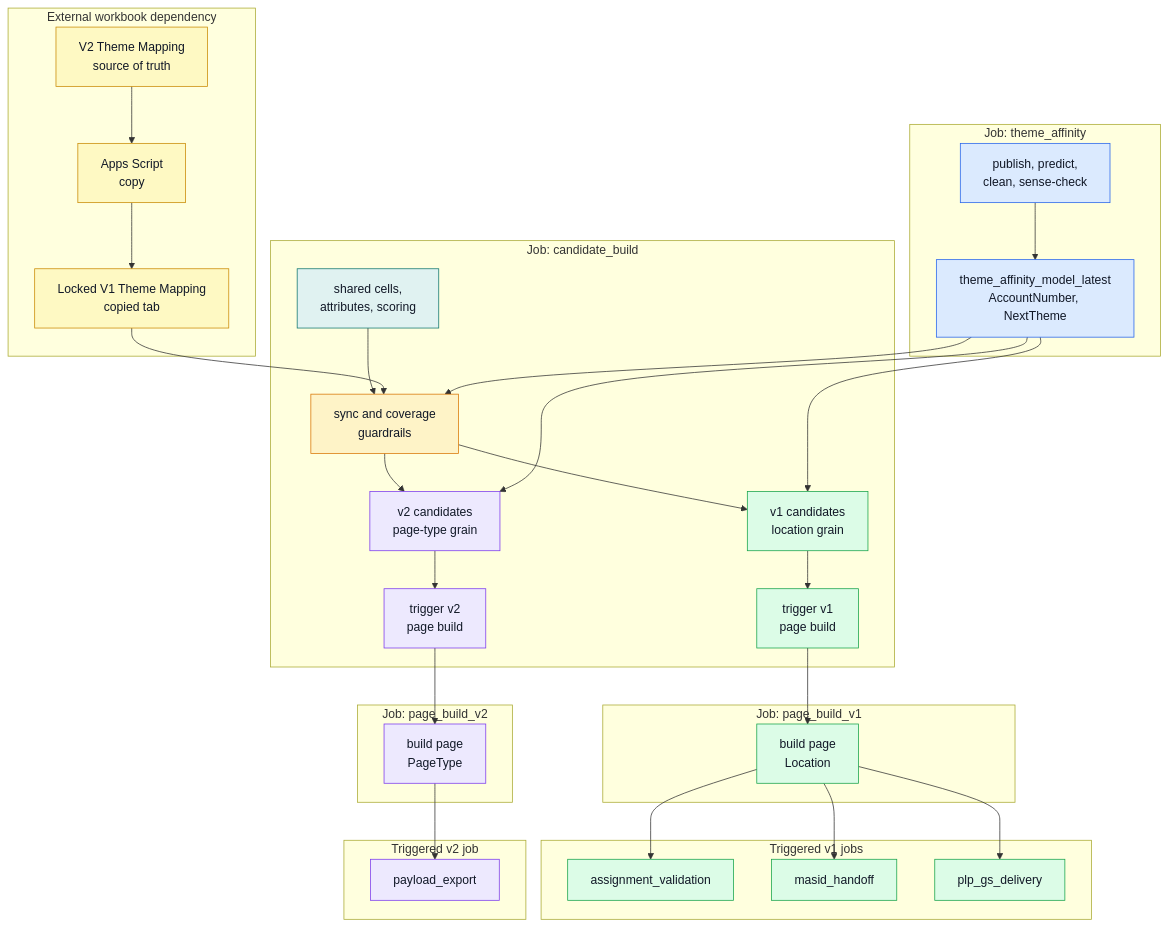
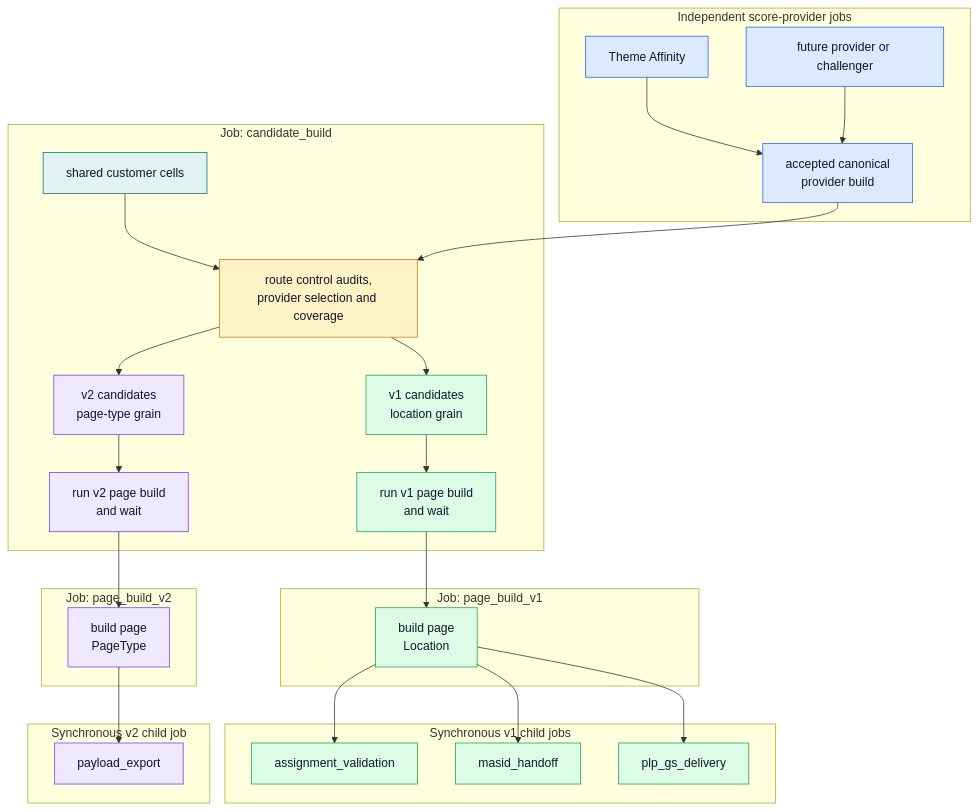
The first of 2 diagrams in docs/architecture/v1_v2_parallel_route.md (swblain-glyndwr/personal_project), drawn with Mermaid before and after one commit. The commit also changed other lines of this file and 36 other files, not shown here.

````diff
--- a/docs/architecture/v1_v2_parallel_route.md
+++ b/docs/architecture/v1_v2_parallel_route.md
@@ -26,63 +26,55 @@
 ```mermaid
 flowchart TD
   classDef sharedModel fill:#dbeafe,stroke:#2563eb,color:#111827
   classDef sharedTask fill:#e0f2f1,stroke:#0f766e,color:#111827
   classDef v1 fill:#dcfce7,stroke:#16a34a,color:#111827
   classDef v2 fill:#ede9fe,stroke:#7c3aed,color:#111827
   classDef guardrail fill:#fef3c7,stroke:#d97706,color:#111827
   classDef external fill:#fef9c3,stroke:#ca8a04,color:#111827
 
-  subgraph EXTERNAL["External workbook dependency"]
-    V2TM["V2 Theme Mapping<br/>source of truth"]:::external
-    COPY["Apps Script<br/>copy"]:::external
-    V1TM["Locked V1 Theme Mapping<br/>copied tab"]:::external
-    V2TM --> COPY --> V1TM
-  end
-
-  subgraph TA_JOB["Job: theme_affinity"]
-    TA_START["publish, predict,<br/>clean, sense-check"]:::sharedModel
-    TA_OUT["theme_affinity_model_latest<br/>AccountNumber, NextTheme"]:::sharedModel
-    TA_START --> TA_OUT
+  subgraph PROVIDERS["Independent score-provider jobs"]
+    TA_START["Theme Affinity"]:::sharedModel
+    OTHER["future provider or challenger"]:::sharedModel
+    PROVIDER_OUT["accepted canonical<br/>provider build"]:::sharedModel
+    TA_START --> PROVIDER_OUT
+    OTHER --> PROVIDER_OUT
   end
 
   subgraph CAND_JOB["Job: candidate_build"]
-    CAND_SHARED["shared cells,<br/>attributes, scoring"]:::sharedTask
-    CAND_GUARD["sync and coverage<br/>guardrails"]:::guardrail
+    CAND_SHARED["shared customer cells"]:::sharedTask
+    CAND_GUARD["route control audits,<br/>provider selection and coverage"]:::guardrail
     CAND_V1["v1 candidates<br/>location grain"]:::v1
     CAND_V2["v2 candidates<br/>page-type grain"]:::v2
-    TR1["trigger v1<br/>page build"]:::v1
-    TR2["trigger v2<br/>page build"]:::v2
+    TR1["run v1 page build<br/>and wait"]:::v1
+    TR2["run v2 page build<br/>and wait"]:::v2
     CAND_SHARED --> CAND_GUARD
     CAND_GUARD --> CAND_V1 --> TR1
     CAND_GUARD --> CAND_V2 --> TR2
   end
 
   subgraph V1_PAGE_JOB["Job: page_build_v1"]
     PB1["build page<br/>Location"]:::v1
   end
 
   subgraph V2_PAGE_JOB["Job: page_build_v2"]
     PB2["build page<br/>PageType"]:::v2
   end
 
-  subgraph V1_DELIVERY["Triggered v1 jobs"]
+  subgraph V1_DELIVERY["Synchronous v1 child jobs"]
     QA["assignment_validation"]:::v1
     MASID["masid_handoff"]:::v1
     PLP["plp_gs_delivery"]:::v1
   end
 
-  subgraph V2_DELIVERY["Triggered v2 job"]
+  subgraph V2_DELIVERY["Synchronous v2 child job"]
     PAYLOAD["payload_export"]:::v2
   end
 
-  V1TM --> CAND_GUARD
-  TA_OUT --> CAND_GUARD
-  TA_OUT --> CAND_V1
-  TA_OUT --> CAND_V2
+  PROVIDER_OUT --> CAND_GUARD
   TR1 --> PB1
   TR2 --> PB2
   PB1 --> QA
   PB1 --> MASID
   PB1 --> PLP
   PB2 --> PAYLOAD
 ```
````
